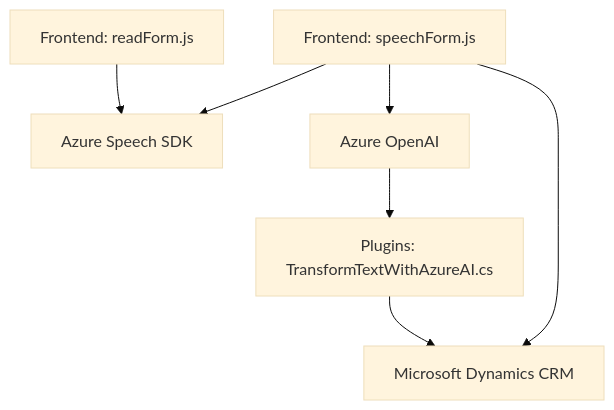
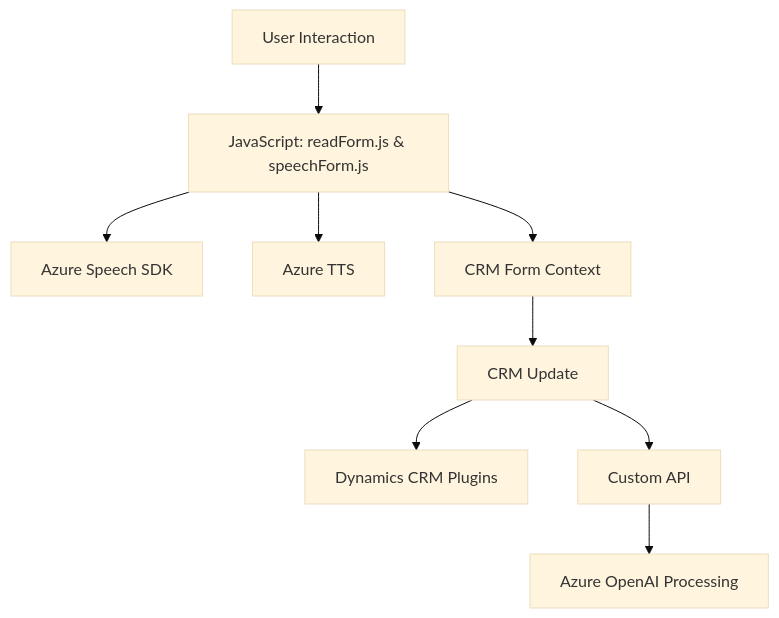
One commit to blopezdm/NETCORE_BILBAO2025 changed the diagram in README.md. Above: the diagram before and after it, drawn with Mermaid (base theme). The commit also changed other lines of this file, not shown here.

````diff
--- a/README.md
+++ b/README.md
@@ -37,16 +54,14 @@
 ```mermaid
 graph TD
-    A1["Frontend: readForm.js"]
-    A2["Frontend: speechForm.js"]
-    B["Plugins: TransformTextWithAzureAI.cs"]
-    C1["Azure Speech SDK"]
-    C2["Azure OpenAI"]
-    D["Microsoft Dynamics CRM"]
 
-    A1 --> C1
-    A2 --> C1
-    A2 --> C2
-    C2 --> B
-    B --> D
-    A2 --> D
+A["User Interaction"] --> B["JavaScript: readForm.js & speechForm.js"]
+B-->C["Azure Speech SDK"]
+B-->D["Azure TTS"]
+B-->E["CRM Form Context"]
+
+E --> F["CRM Update"]
+F --> G["Dynamics CRM Plugins"]
+
+F --> H["Custom API"]
+H --> I["Azure OpenAI Processing"]
 ```
````
